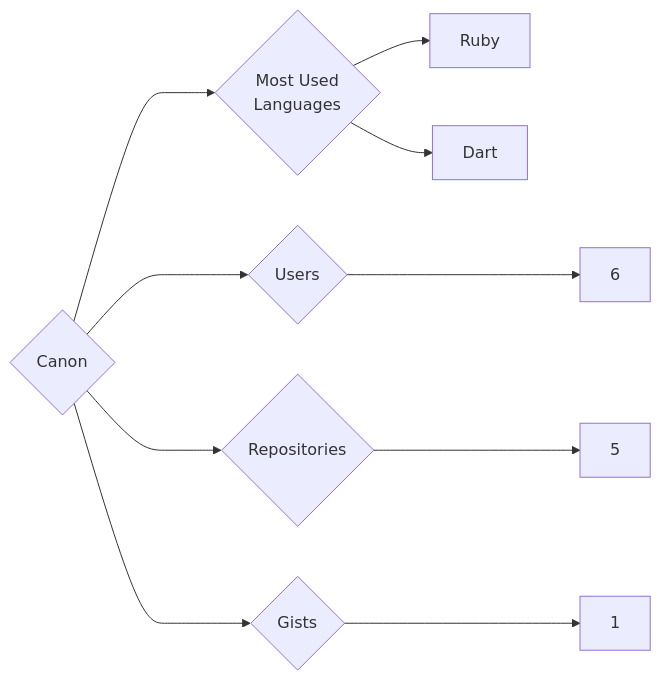
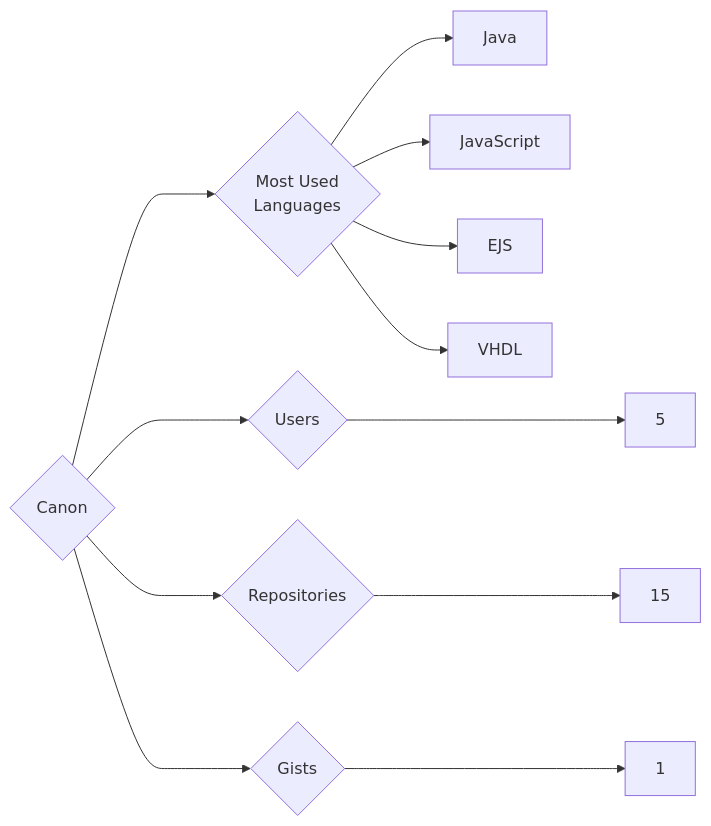
Before and after one commit to trickest/insiders: the diagram in targets/Canon/README.md, drawn with Mermaid. The commit also changed 891 other files, not shown here.

````diff
--- a/targets/Canon/README.md
+++ b/targets/Canon/README.md
@@ -3,10 +3,12 @@
 ```mermaid
 graph LR
 COMPANY_NAME{Canon}
-COMPANY_NAME ---> U{Users} ---> UN[6]
-COMPANY_NAME ---> R{Repositories} ---> RN[5]
+COMPANY_NAME ---> U{Users} ---> UN[5]
+COMPANY_NAME ---> R{Repositories} ---> RN[15]
 COMPANY_NAME ---> G{Gists} ---> GN[1]
 COMPANY_NAME ---> ML{Most Used<br>Languages}
-ML --> Ruby[Ruby]
-ML --> Dart[Dart]
+ML --> Java[Java]
+ML --> JavaScript[JavaScript]
+ML --> EJS[EJS]
+ML --> VHDL[VHDL]
 ```
````
